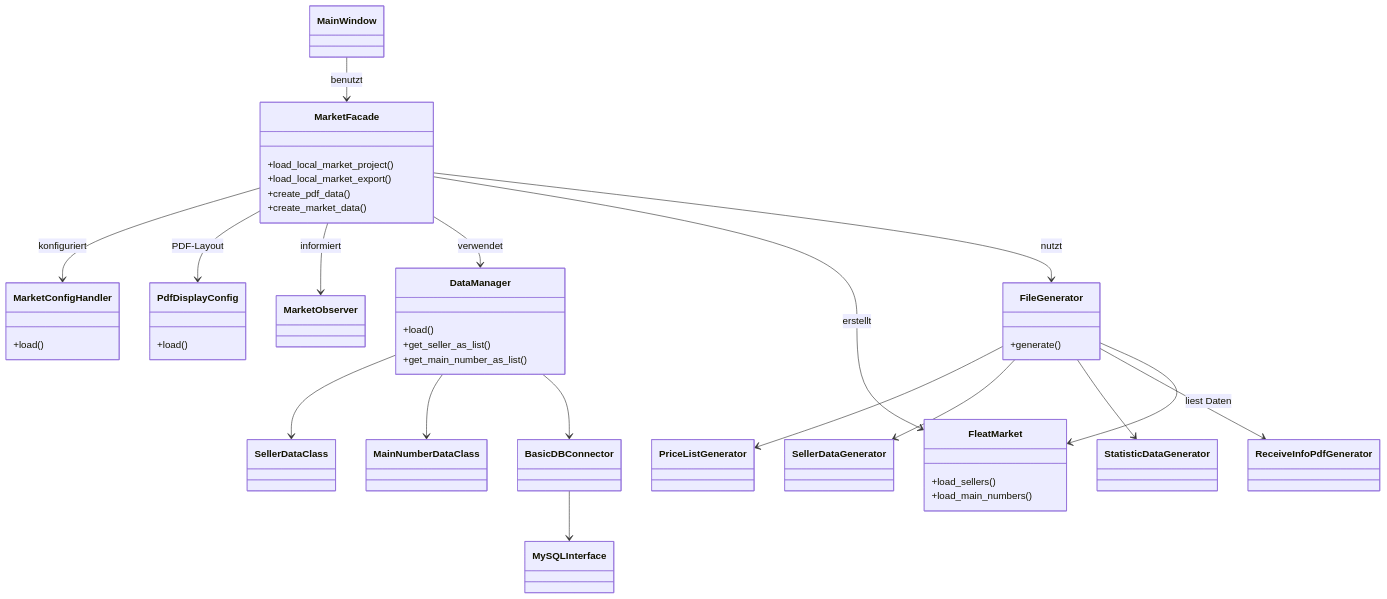
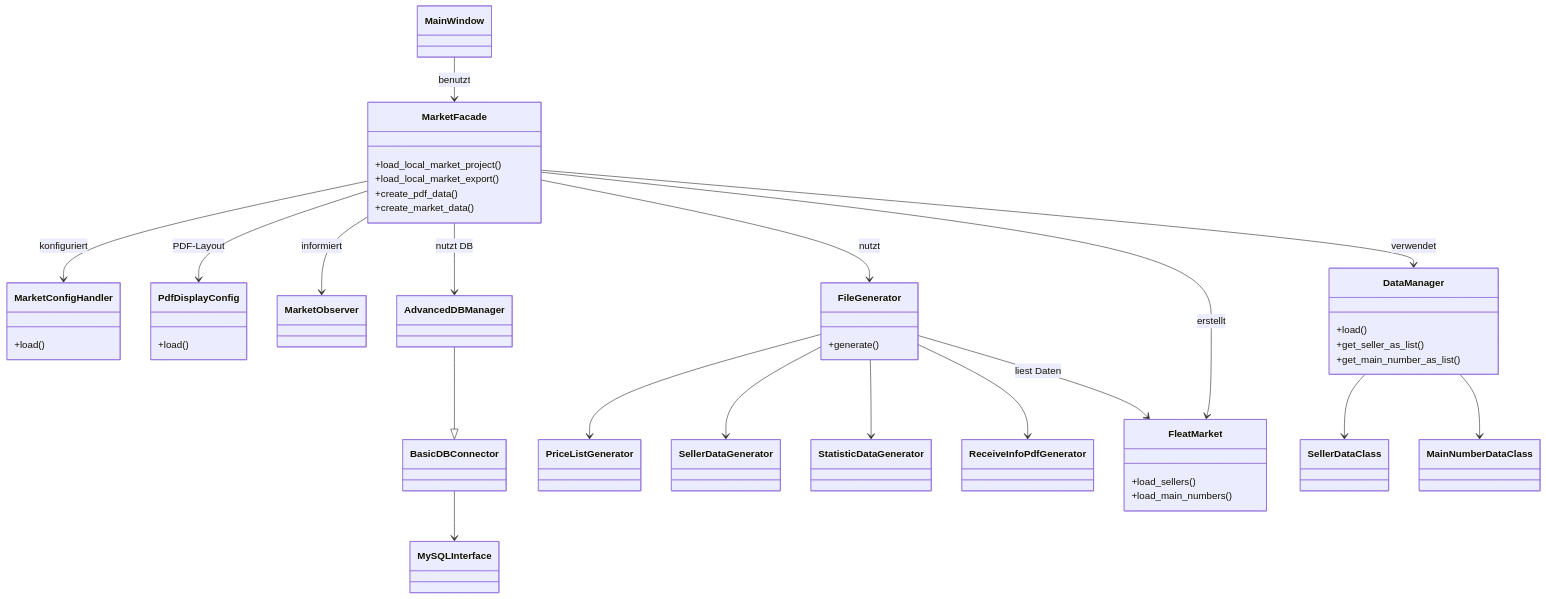
Before and after one commit to CodeName-666/VDataParser: the diagram in architecture/architecture_class_diagram.md, drawn with Mermaid. The commit also changed 3 other files, not shown here.

Commit message:
update mermaid diagrams

````diff
--- a/architecture/architecture_class_diagram.md
+++ b/architecture/architecture_class_diagram.md
@@ -9,51 +9,53 @@
 ```mermaid
 classDiagram
     class MarketFacade {
         +load_local_market_project()
         +load_local_market_export()
         +create_pdf_data()
         +create_market_data()
     }
     class MarketConfigHandler {
         +load()
     }
     class PdfDisplayConfig {
         +load()
     }
     class MarketObserver
     class DataManager {
         +load()
         +get_seller_as_list()
         +get_main_number_as_list()
     }
     class BasicDBConnector
+    class AdvancedDBManager
     class MySQLInterface
     class FileGenerator {
         +generate()
     }
     class PriceListGenerator
     class SellerDataGenerator
     class StatisticDataGenerator
     class ReceiveInfoPdfGenerator
     class FleatMarket {
         +load_sellers()
         +load_main_numbers()
     }
     class MainWindow
     MarketFacade --> MarketConfigHandler : konfiguriert
     MarketFacade --> PdfDisplayConfig : PDF-Layout
     MarketFacade --> MarketObserver : informiert
     MarketFacade --> DataManager : verwendet
     MarketFacade --> FleatMarket : erstellt
     MarketFacade --> FileGenerator : nutzt
     FileGenerator --> PriceListGenerator
     FileGenerator --> SellerDataGenerator
     FileGenerator --> StatisticDataGenerator
     FileGenerator --> ReceiveInfoPdfGenerator
     FileGenerator --> FleatMarket : liest Daten
     DataManager --> SellerDataClass
     DataManager --> MainNumberDataClass
-    DataManager --> BasicDBConnector
+    MarketFacade --> AdvancedDBManager : nutzt DB
+    AdvancedDBManager --|> BasicDBConnector
     BasicDBConnector --> MySQLInterface
     MainWindow --> MarketFacade : benutzt
 ```
````
